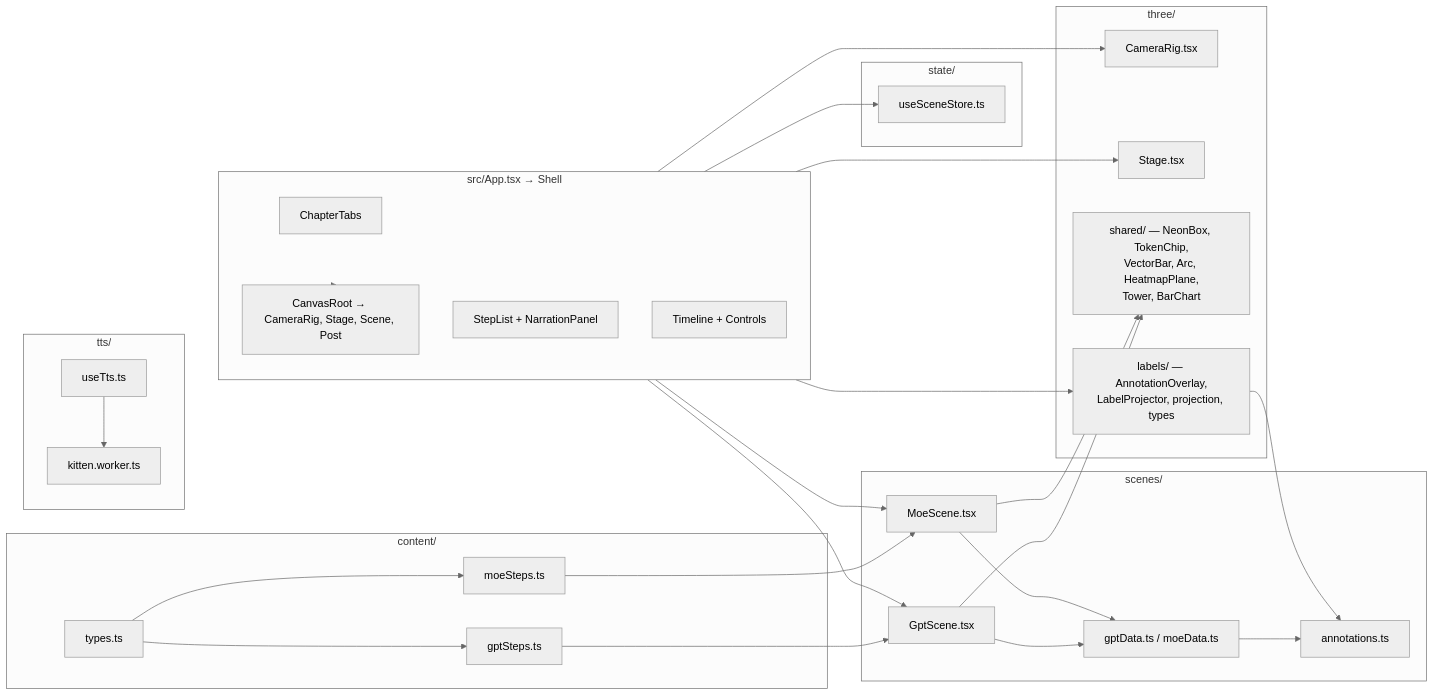
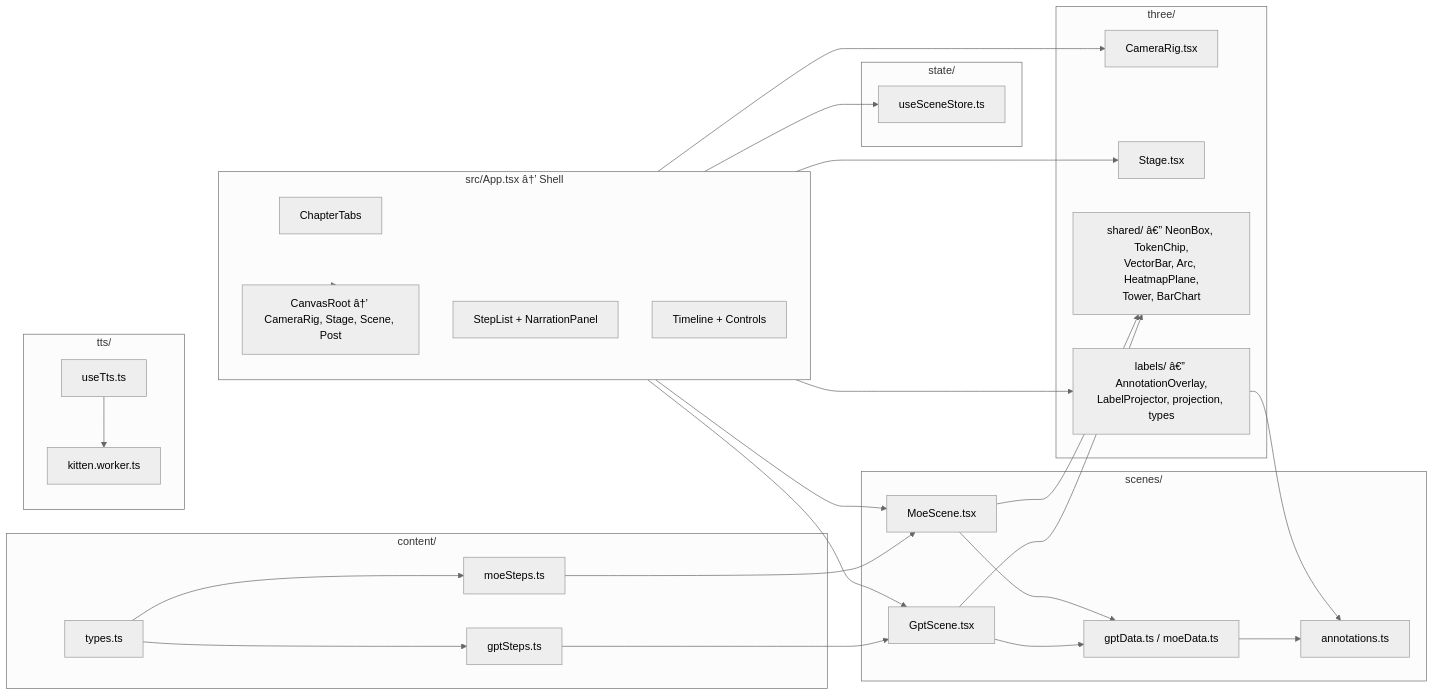
Before and after one commit to Mostakim2005/gpt-moe-3d-explainer: the third of 3 diagrams in docs/architecture.md, drawn with Mermaid (neutral theme). The commit also changed other lines of this file and 5 other files, not shown here.

````diff
--- a/docs/architecture.md
+++ b/docs/architecture.md
@@ -152,45 +154,45 @@
 ```mermaid
 flowchart LR
-    subgraph app["src/App.tsx → Shell"]
+    subgraph app["src/App.tsx â†’ Shell"]
         direction TB
         A[ChapterTabs]
         B[StepList + NarrationPanel]
         C[Timeline + Controls]
-        D[CanvasRoot → CameraRig, Stage, Scene, Post]
+        D[CanvasRoot â†’ CameraRig, Stage, Scene, Post]
     end
     subgraph data["content/"]
         E[types.ts]
         F[gptSteps.ts]
         G[moeSteps.ts]
     end
     subgraph state["state/"]
         H[useSceneStore.ts]
     end
     subgraph three["three/"]
         I[CameraRig.tsx]
         J[Stage.tsx]
-        K[shared/ — NeonBox, TokenChip,\nVectorBar, Arc, HeatmapPlane,\nTower, BarChart]
-        LB[labels/ — AnnotationOverlay,\nLabelProjector, projection, types]
+        K[shared/ â€” NeonBox, TokenChip,\nVectorBar, Arc, HeatmapPlane,\nTower, BarChart]
+        LB[labels/ â€” AnnotationOverlay,\nLabelProjector, projection, types]
     end
     subgraph scenes["scenes/"]
         L[GptScene.tsx]
         M[MoeScene.tsx]
         N[gptData.ts / moeData.ts]
         O[annotations.ts]
     end
     subgraph tts["tts/"]
         P[useTts.ts]
         Q[kitten.worker.ts]
     end
     app --> H
     app --> D
     D --> I & J & L & M & LB
     L & M --> K
     L & M --> N
     N --> O
     LB --> O
     F --> L
     G --> M
     E --> F & G
     P --> Q
 ```
````
